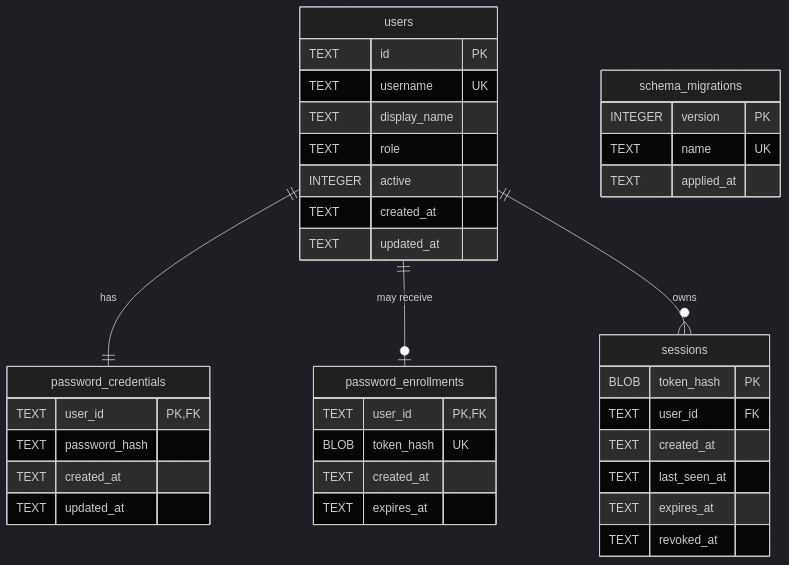
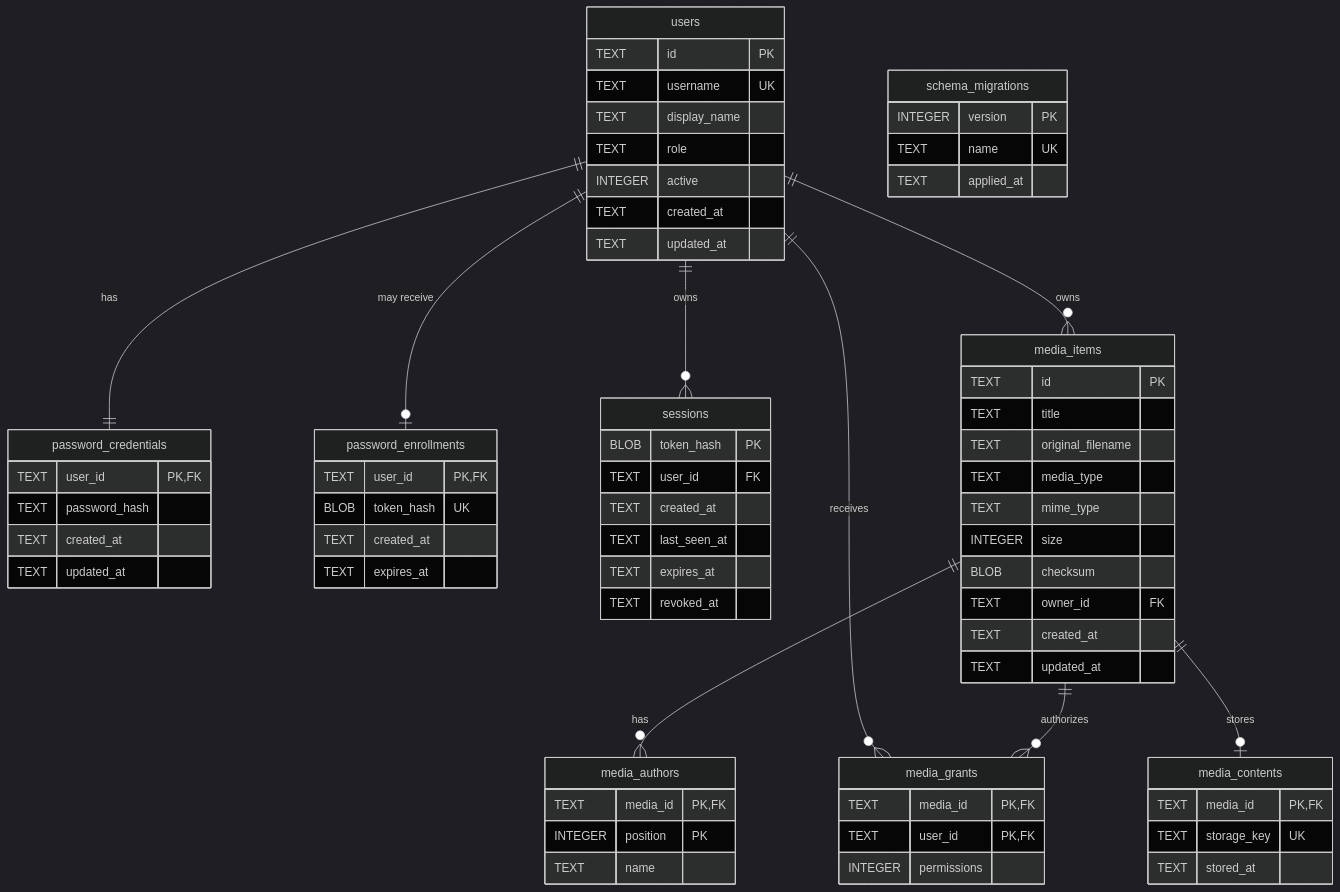
Before and after one commit to ebe542/go-mediaarchive: the diagram in docs/database.md, drawn with Mermaid (dark theme). The commit also changed other lines of this file and 9 other files, not shown here.

````diff
--- a/docs/database.md
+++ b/docs/database.md
@@ -10,45 +11,81 @@
 ```mermaid
 erDiagram
     users ||--|| password_credentials : "has"
     users ||--o| password_enrollments : "may receive"
     users ||--o{ sessions : "owns"
+    users ||--o{ media_items : "owns"
+    users ||--o{ media_grants : "receives"
+    media_items ||--o{ media_authors : "has"
+    media_items ||--o{ media_grants : "authorizes"
+    media_items ||--o| media_contents : "stores"
 
     schema_migrations {
         INTEGER version PK
         TEXT name UK
         TEXT applied_at
     }
 
     users {
         TEXT id PK
         TEXT username UK
         TEXT display_name
         TEXT role
         INTEGER active
         TEXT created_at
         TEXT updated_at
     }
 
     password_credentials {
         TEXT user_id PK,FK
         TEXT password_hash
         TEXT created_at
         TEXT updated_at
     }
 
     password_enrollments {
         TEXT user_id PK,FK
         BLOB token_hash UK
         TEXT created_at
         TEXT expires_at
     }
 
     sessions {
         BLOB token_hash PK
         TEXT user_id FK
         TEXT created_at
         TEXT last_seen_at
         TEXT expires_at
         TEXT revoked_at
     }
+
+    media_items {
+        TEXT id PK
+        TEXT title
+        TEXT original_filename
+        TEXT media_type
+        TEXT mime_type
+        INTEGER size
+        BLOB checksum
+        TEXT owner_id FK
+        TEXT created_at
+        TEXT updated_at
+    }
+
+    media_authors {
+        TEXT media_id PK,FK
+        INTEGER position PK
+        TEXT name
+    }
+
+    media_grants {
+        TEXT media_id PK,FK
+        TEXT user_id PK,FK
+        INTEGER permissions
+    }
+
+    media_contents {
+        TEXT media_id PK,FK
+        TEXT storage_key UK
+        TEXT stored_at
+    }
 ```
````
